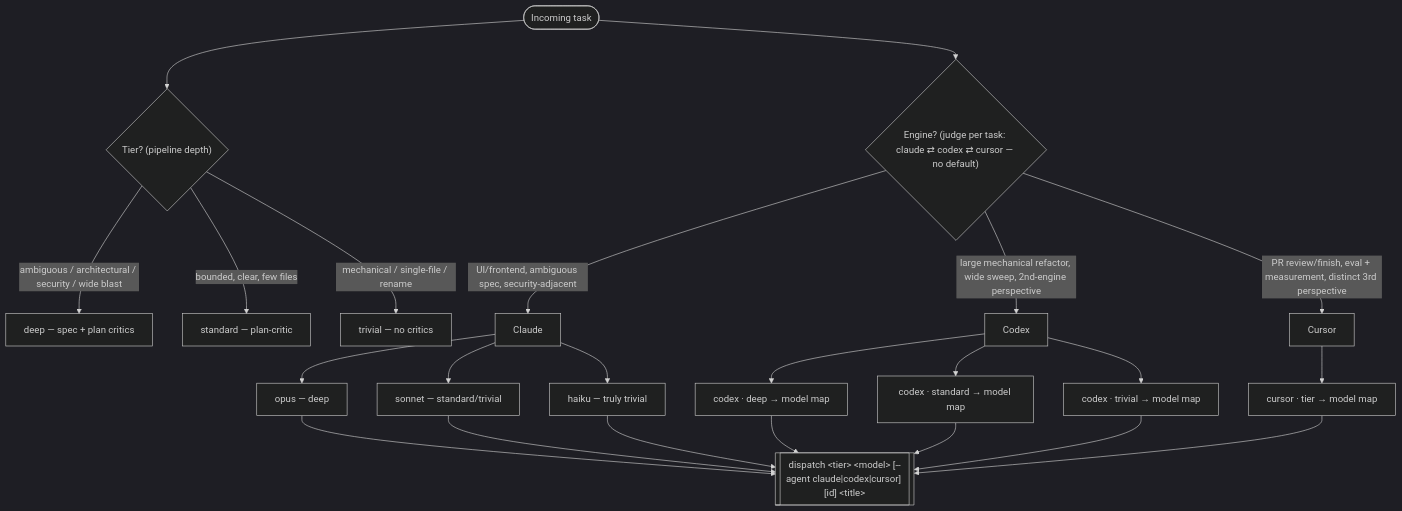
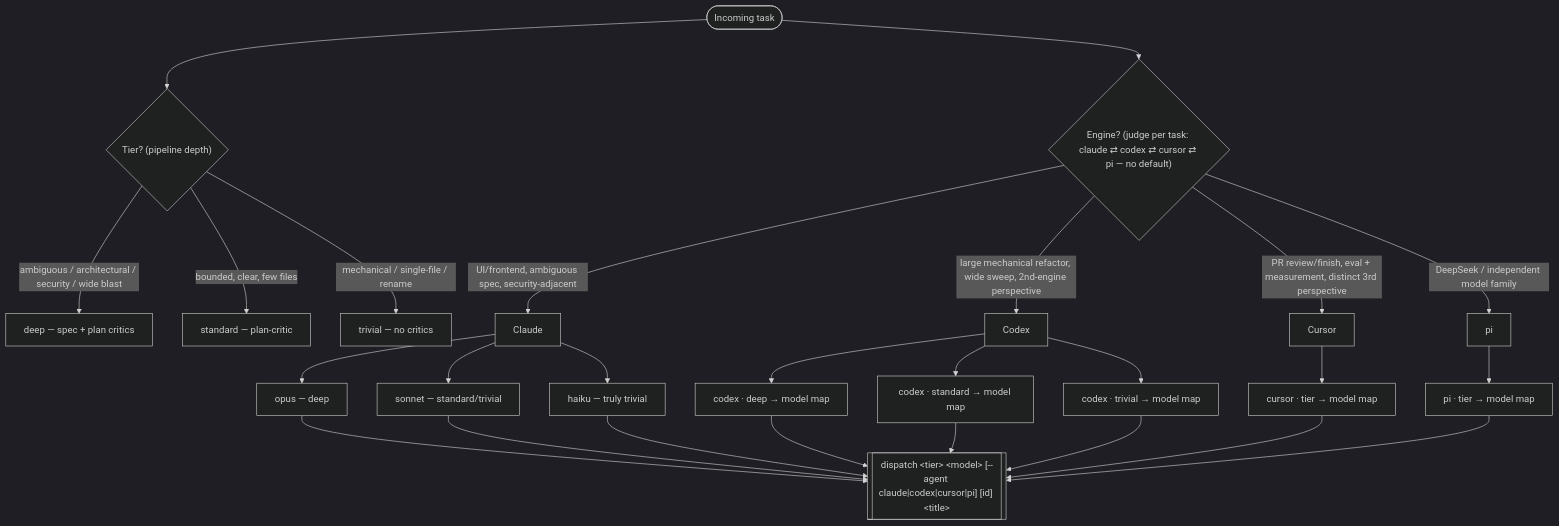
Before and after one commit to noamsto/dispatcher: the diagram in adapters/cursor/protocols/dispatch-orchestration.md, drawn with Mermaid (dark theme). The commit also changed other lines of this file and 27 other files, not shown here.

````diff
--- a/adapters/cursor/protocols/dispatch-orchestration.md
+++ b/adapters/cursor/protocols/dispatch-orchestration.md
@@ -5,29 +5,32 @@
 ```mermaid
 flowchart TD
     T(["Incoming task"]) --> TIER{"Tier? (pipeline depth)"}
-    T --> ENG{"Engine? (judge per task: claude ⇄ codex ⇄ cursor — no default)"}
+    T --> ENG{"Engine? (judge per task: claude ⇄ codex ⇄ cursor ⇄ pi — no default)"}
 
     TIER -->|"ambiguous / architectural / security / wide blast"| DEEP["deep — spec + plan critics"]
     TIER -->|"bounded, clear, few files"| STD["standard — plan-critic"]
     TIER -->|"mechanical / single-file / rename"| TRIV["trivial — no critics"]
 
     ENG -->|"large mechanical refactor, wide sweep, 2nd-engine perspective"| CODEX["Codex"]
     ENG -->|"UI/frontend, ambiguous spec, security-adjacent"| CLAUDE["Claude"]
     ENG -->|"PR review/finish, eval + measurement, distinct 3rd perspective"| CURSOR["Cursor"]
+    ENG -->|"DeepSeek / independent model family"| PI["pi"]
 
     CLAUDE --> OPUS["opus — deep"]
     CLAUDE --> SONNET["sonnet — standard/trivial"]
     CLAUDE --> HAIKU["haiku — truly trivial"]
     CODEX --> GH["codex · deep → model map"]
     CODEX --> GM["codex · standard → model map"]
     CODEX --> GL["codex · trivial → model map"]
     CURSOR --> CU["cursor · tier → model map"]
+    PI --> PM["pi · tier → model map"]
 
-    OPUS --> D[["dispatch &lt;tier&gt; &lt;model&gt; [--agent claude|codex|cursor] [id] &lt;title&gt;"]]
+    OPUS --> D[["dispatch &lt;tier&gt; &lt;model&gt; [--agent claude|codex|cursor|pi] [id] &lt;title&gt;"]]
     SONNET --> D
     HAIKU --> D
     GH --> D
     GM --> D
     GL --> D
     CU --> D
+    PM --> D
 ```
````
